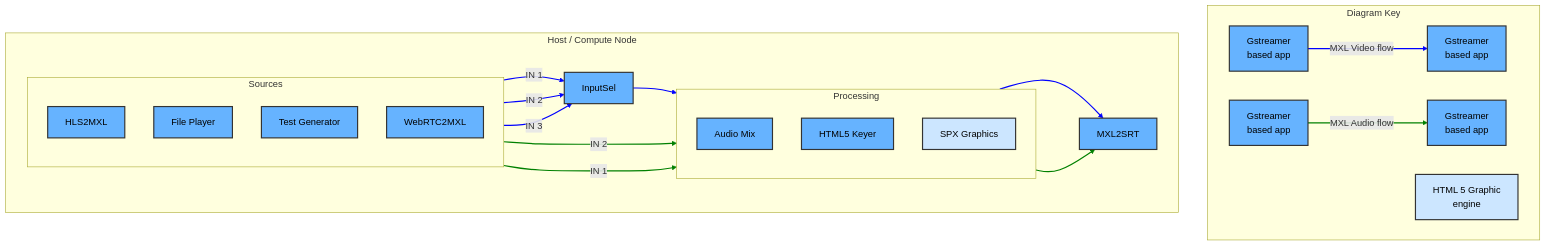
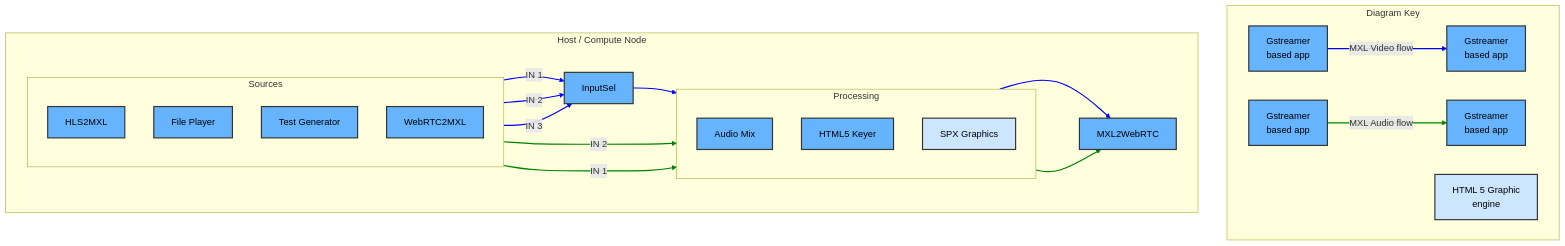
The diagram in Exercises/Exercise5.md (cbcrc/mxl-hands-on), drawn with Mermaid before and after one commit. The commit also changed other lines of this file and 10 other files, not shown here.

Commit message:
hls2mxl application build

```diff
--- a/Exercises/Exercise5.md
+++ b/Exercises/Exercise5.md
@@ -27,7 +27,7 @@
             end
 
             %% --- Stage 3: Output ---
-            MXL2SRT[MXL2SRT]
+            MXL2WebRTC[MXL2WebRTC]
 
             %% =========================================
             %% CONNECTIONS
@@ -44,7 +44,7 @@
             InputSel --> HTML5Keyer
             
             %% Processing to Output
-            HTML5Keyer --> MXL2SRT
+            HTML5Keyer --> MXL2WebRTC
 
             %% --- Solid Audio (green) Connection (Indices 5 to 7) ---
             %% Audio Sources to Audio Mixer
@@ -52,7 +52,7 @@
             HLS2MXL -- IN 1 --> AudioMix
 
             %% Audio Processing to/From MXL
-            AudioMix --> MXL2SRT
+            AudioMix --> MXL2WebRTC
 
         end
 
@@ -76,7 +76,7 @@
         classDef control fill:#007bff,color:#fff,stroke:#333,stroke-width:2px;
         classDef other fill:#cce6ff,color:black,stroke:#333,stroke-width:2px
 
-        class HLS2MXL,LoopPlayer,TestGen,WebRTC2MXL,InputSel,AudioMix,HTML5Keyer,MXL2SRT,k1,kt1,k2,kt2,k3 gstreamer
+        class HLS2MXL,LoopPlayer,TestGen,WebRTC2MXL,InputSel,AudioMix,HTML5Keyer,MXL2WebRTC,k1,kt1,k2,kt2,k3 gstreamer
         class NmosRegistry,DummyNmosNode,NmosController,kt3 control
         class SPXGraphics,k4 other
 
```
